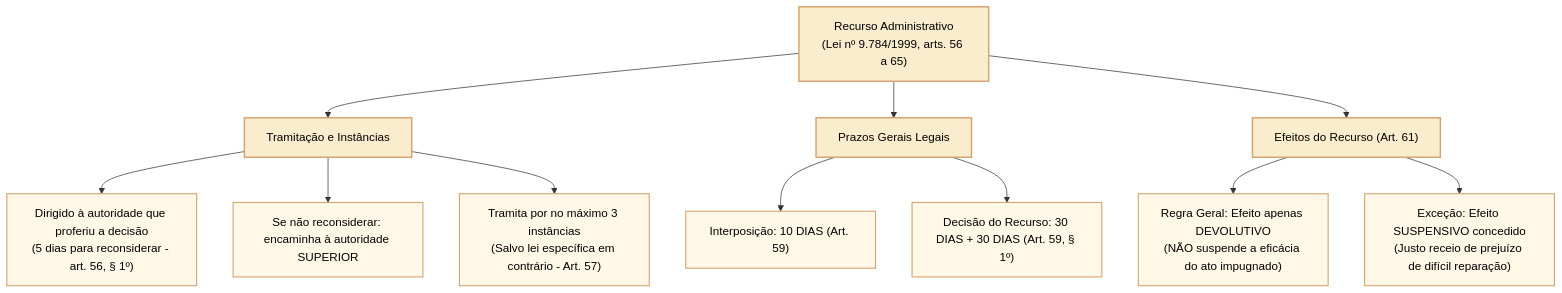
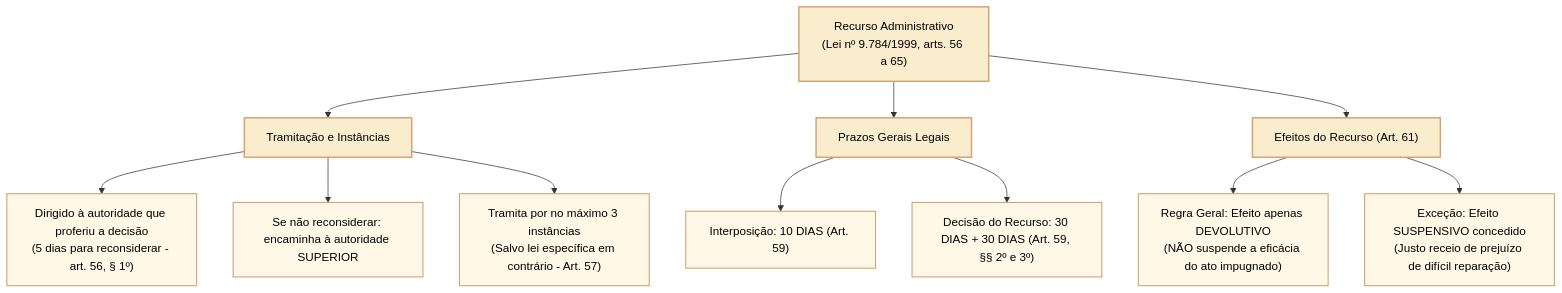
The third of 4 diagrams in 3 - Materias/Direito Administrativo/26 - lei 9784 impedimento suspeicao motivacao e recursos.md (leorruas/concursos), drawn with Mermaid before and after one commit. The commit also changed other lines of this file, not shown here.

Commit message:
Didática: alinhar diagrama ao art. 59 e expandir STF na primeira ocorrência

````diff
--- a/3 - Materias/Direito Administrativo/26 - lei 9784 impedimento suspeicao motivacao e recursos.md
+++ b/3 - Materias/Direito Administrativo/26 - lei 9784 impedimento suspeicao motivacao e recursos.md
@@ -129,21 +129,21 @@
 ```mermaid
 flowchart TD
     classDef raiz fill:#faedcd,stroke:#d4a373,stroke-width:2px,color:#000000;
     classDef criterio fill:#faedcd,stroke:#d4a373,stroke-width:2px,color:#000000;
     classDef opcao fill:#fff8e7,stroke:#d4a373,stroke-width:1.5px,color:#000000;
 
     REC["Recurso Administrativo<br>(Lei nº 9.784/1999, arts. 56 a 65)"]:::raiz
     
     REC --> TRAM["Tramitação e Instâncias"]:::criterio
     TRAM --> DIRIG["Dirigido à autoridade que proferiu a decisão<br>(5 dias para reconsiderar - art. 56, § 1º)"]:::opcao
     TRAM --> ENCAM["Se não reconsiderar: encaminha à autoridade SUPERIOR"]:::opcao
     TRAM --> INST["Tramita por no máximo 3 instâncias<br>(Salvo lei específica em contrário - Art. 57)"]:::opcao
     
     REC --> PRAZ["Prazos Gerais Legais"]:::criterio
     PRAZ --> INTERP["Interposição: 10 DIAS (Art. 59)"]:::opcao
-    PRAZ --> JULGA["Decisão do Recurso: 30 DIAS + 30 DIAS (Art. 59, § 1º)"]:::opcao
+    PRAZ --> JULGA["Decisão do Recurso: 30 DIAS + 30 DIAS (Art. 59, §§ 2º e 3º)"]:::opcao
     
     REC --> EFET["Efeitos do Recurso (Art. 61)"]:::raiz
     EFET --> DEVOL["Regra Geral: Efeito apenas DEVOLUTIVO<br>(NÃO suspende a eficácia do ato impugnado)"]:::opcao
     EFET --> SUSPE["Exceção: Efeito SUSPENSIVO concedido<br>(Justo receio de prejuízo de difícil reparação)"]:::opcao
 ```
````
